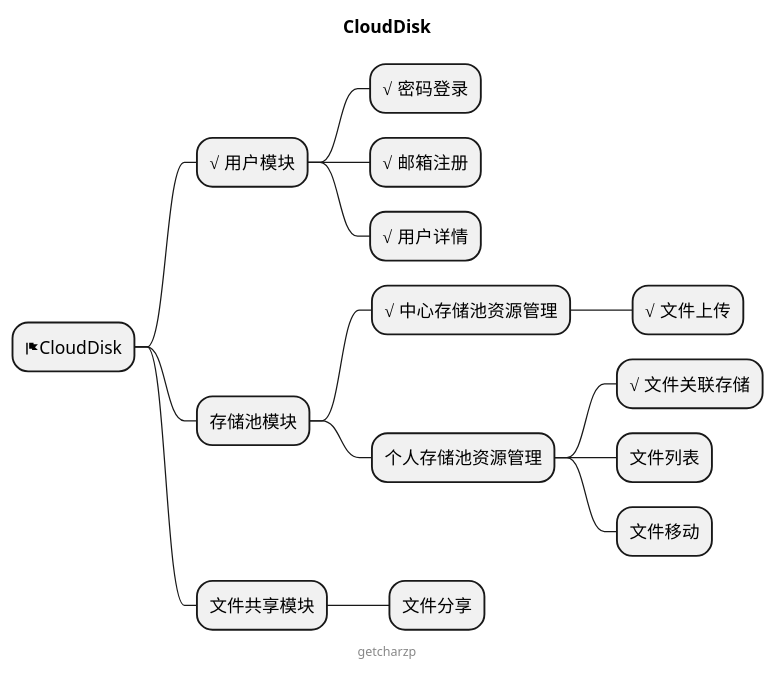
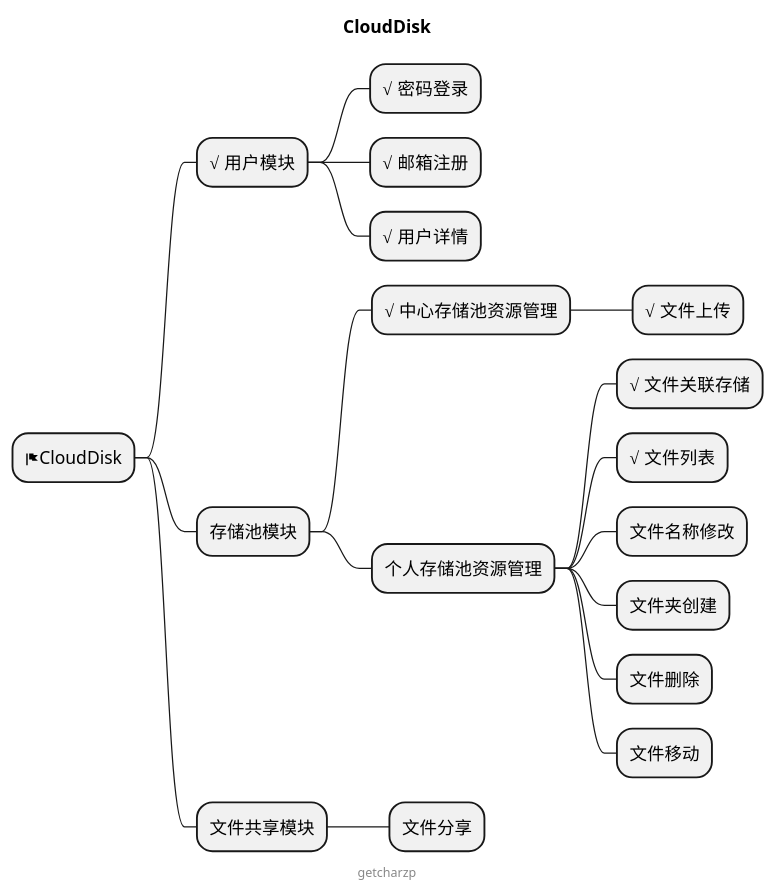
One commit to GetcharZp/cloud-disk changed the diagram in MIND.puml. Above: the diagram before and after it, drawn with PlantUML. The commit also changed 5 other files, not shown here.

```diff
--- a/MIND.puml
+++ b/MIND.puml
@@ -1,22 +1,25 @@
 @startmindmap
 
 title CloudDisk
 
 * <&flag>CloudDisk
 ** √ 用户模块
 *** √ 密码登录
 *** √ 邮箱注册
 *** √ 用户详情
 ** 存储池模块
 *** √ 中心存储池资源管理
 **** √ 文件上传
 *** 个人存储池资源管理
 **** √ 文件关联存储
-**** 文件列表
+**** √ 文件列表
+**** 文件名称修改
+**** 文件夹创建
+**** 文件删除
 **** 文件移动
 ** 文件共享模块
 *** 文件分享
 
 center footer getcharzp
 
 @endmindmap
```
